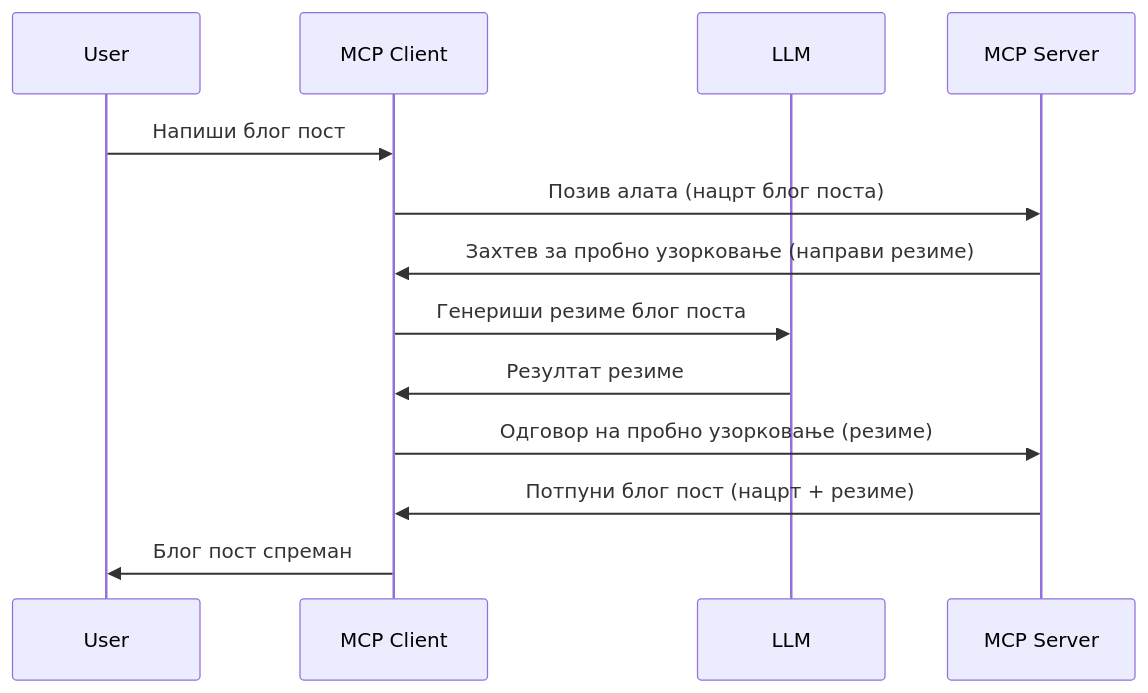
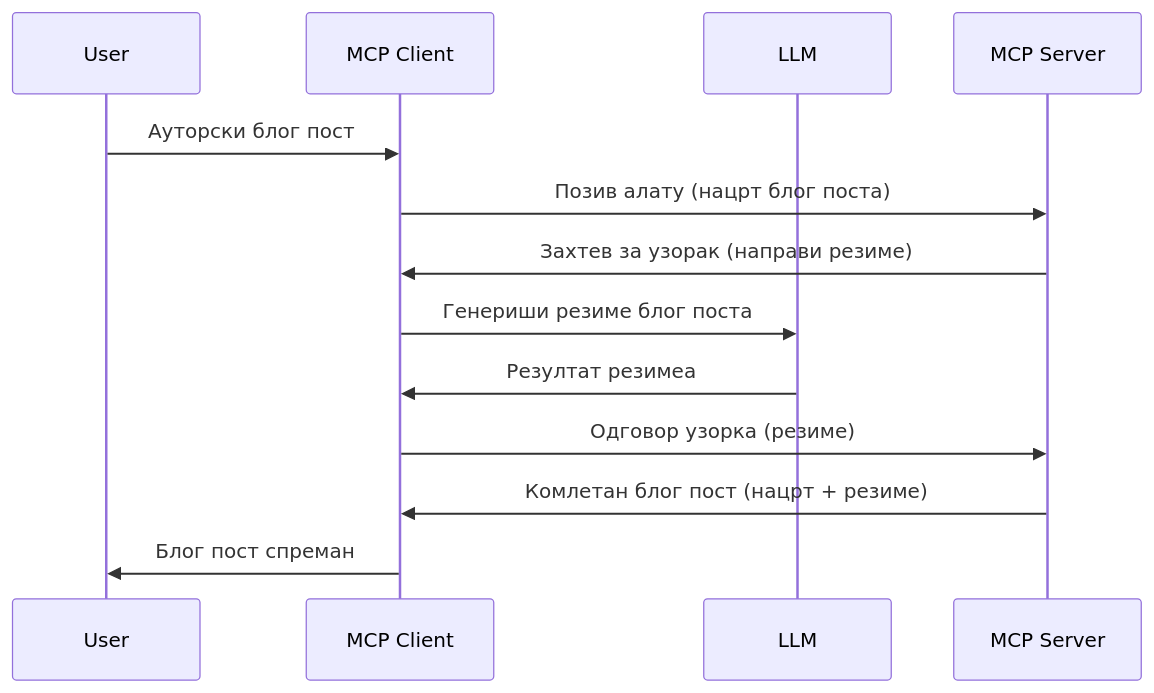
Before and after one commit to HIDORAKAI002/ai-workspace-archive: the diagram in mcp_ecosystem__model_context_protocol/mcp_learning_resources/mcp-for-beginners/translations/sr/03-GettingStarted/14-sampling/README.md, drawn with Mermaid. The commit also changed other lines of this file and 1046 other files, not shown here.

````diff
--- a/mcp_ecosystem__model_context_protocol/mcp_learning_resources/mcp-for-beginners/translations/sr/03-GettingStarted/14-sampling/README.md
+++ b/mcp_ecosystem__model_context_protocol/mcp_learning_resources/mcp-for-beginners/translations/sr/03-GettingStarted/14-sampling/README.md
@@ -23,16 +25,16 @@
 ```mermaid
 sequenceDiagram
     participant User
     participant MCP Client
     participant LLM
     participant MCP Server
 
-    User->>MCP Client: Напиши блог пост
-    MCP Client->>MCP Server: Позив алата (нацрт блог поста)
-    MCP Server->>MCP Client: Захтев за пробно узорковање (направи резиме)
+    User->>MCP Client: Ауторски блог пост
+    MCP Client->>MCP Server: Позив алату (нацрт блог поста)
+    MCP Server->>MCP Client: Захтев за узорак (направи резиме)
     MCP Client->>LLM: Генериши резиме блог поста
-    LLM->>MCP Client: Резултат резимe
-    MCP Client->>MCP Server: Одговор на пробно узорковање (резиме)
-    MCP Server->>MCP Client: Потпуни блог пост (нацрт + резиме)
+    LLM->>MCP Client: Резултат резимеа
+    MCP Client->>MCP Server: Одговор узорка (резиме)
+    MCP Server->>MCP Client: Комлетан блог пост (нацрт + резиме)
     MCP Client->>User: Блог пост спреман
 ```
````
